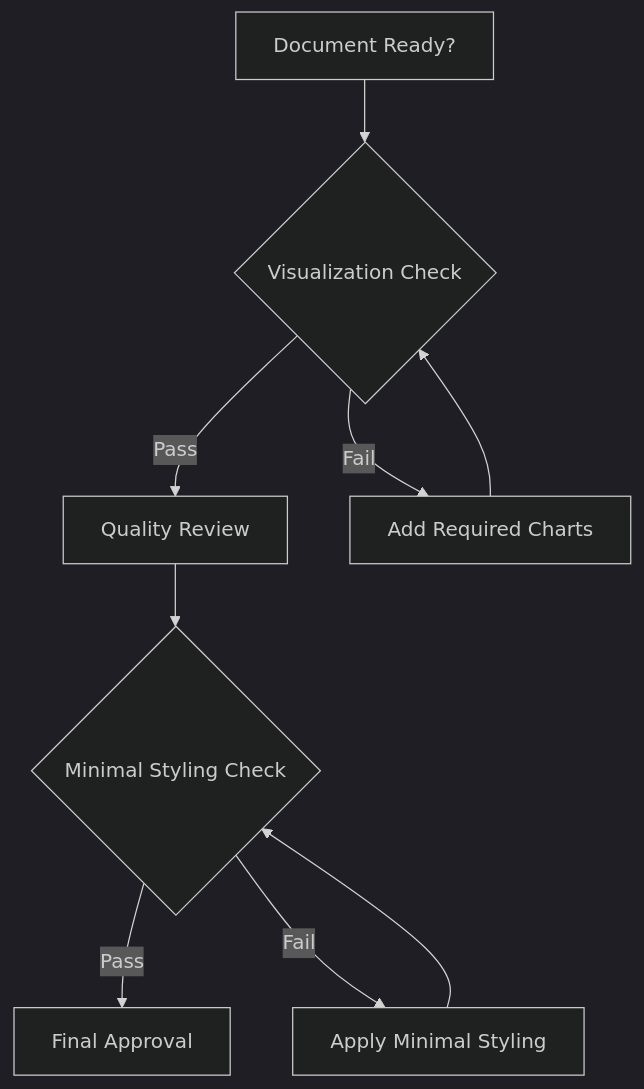
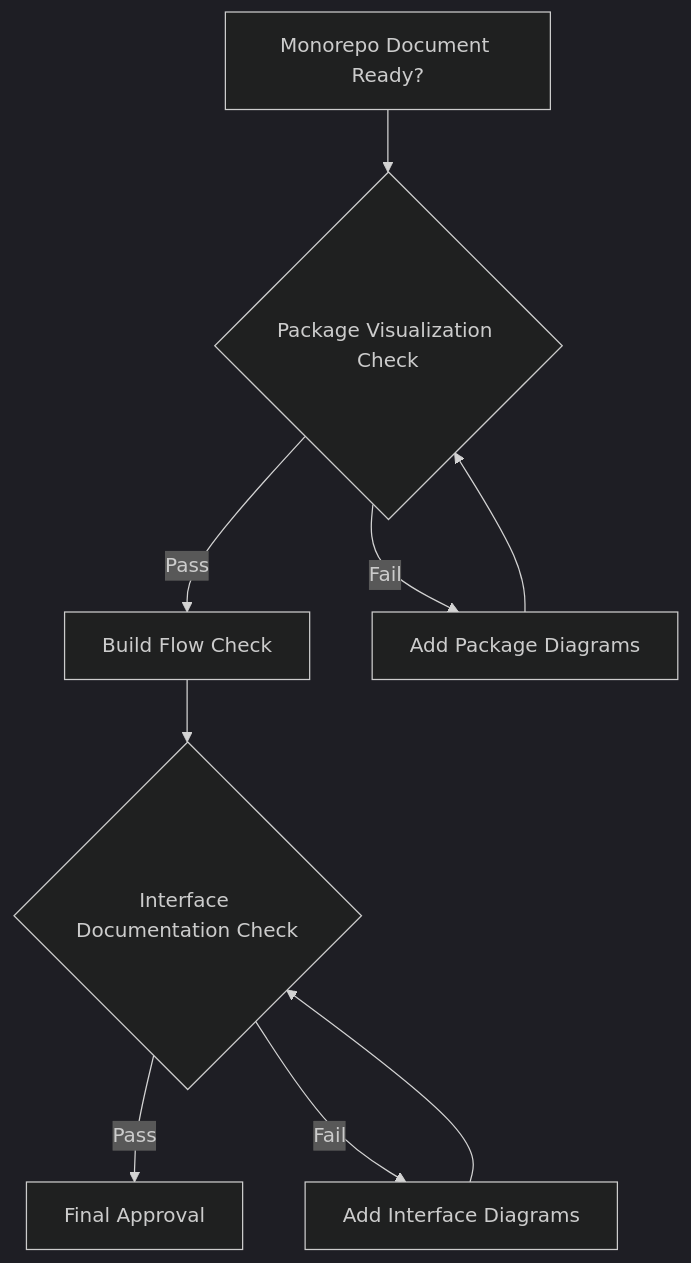
Diagram 12 of 13 in docs/user.md (positivemultiplier/posmul), drawn with Mermaid (dark theme) before and after one commit. The commit also changed other lines of this file and 4 other files, not shown here.

````diff
--- a/docs/user.md
+++ b/docs/user.md
@@ -384,11 +479,11 @@
 ```mermaid
 graph TD
-    A[Document Ready?] --> B{Visualization Check}
-    B -->|Pass| C[Quality Review]
-    B -->|Fail| D[Add Required Charts]
+    A["Monorepo Document Ready?"] --> B{"Package Visualization Check"}
+    B -->|Pass| C["Build Flow Check"]
+    B -->|Fail| D["Add Package Diagrams"]
     D --> B
-    C --> E{Minimal Styling Check}
-    E -->|Pass| F[Final Approval]
-    E -->|Fail| G[Apply Minimal Styling]
+    C --> E{"Interface Documentation Check"}
+    E -->|Pass| F["Final Approval"]
+    E -->|Fail| G["Add Interface Diagrams"]
     G --> E
 ```
````
